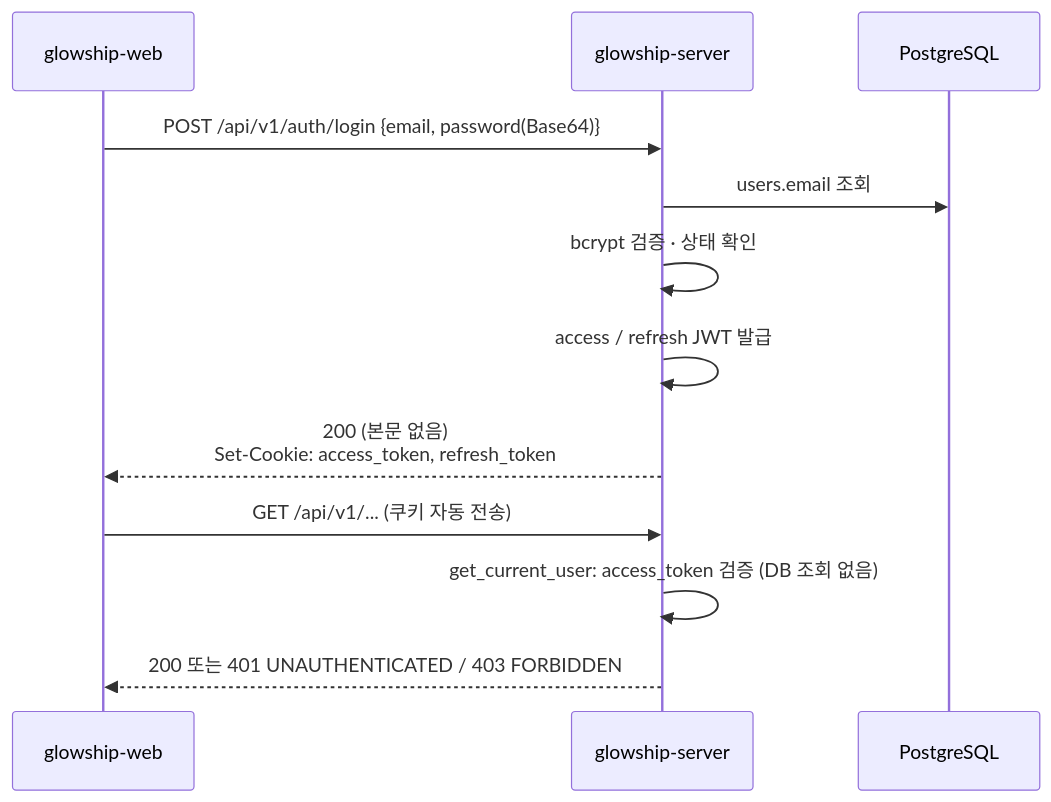
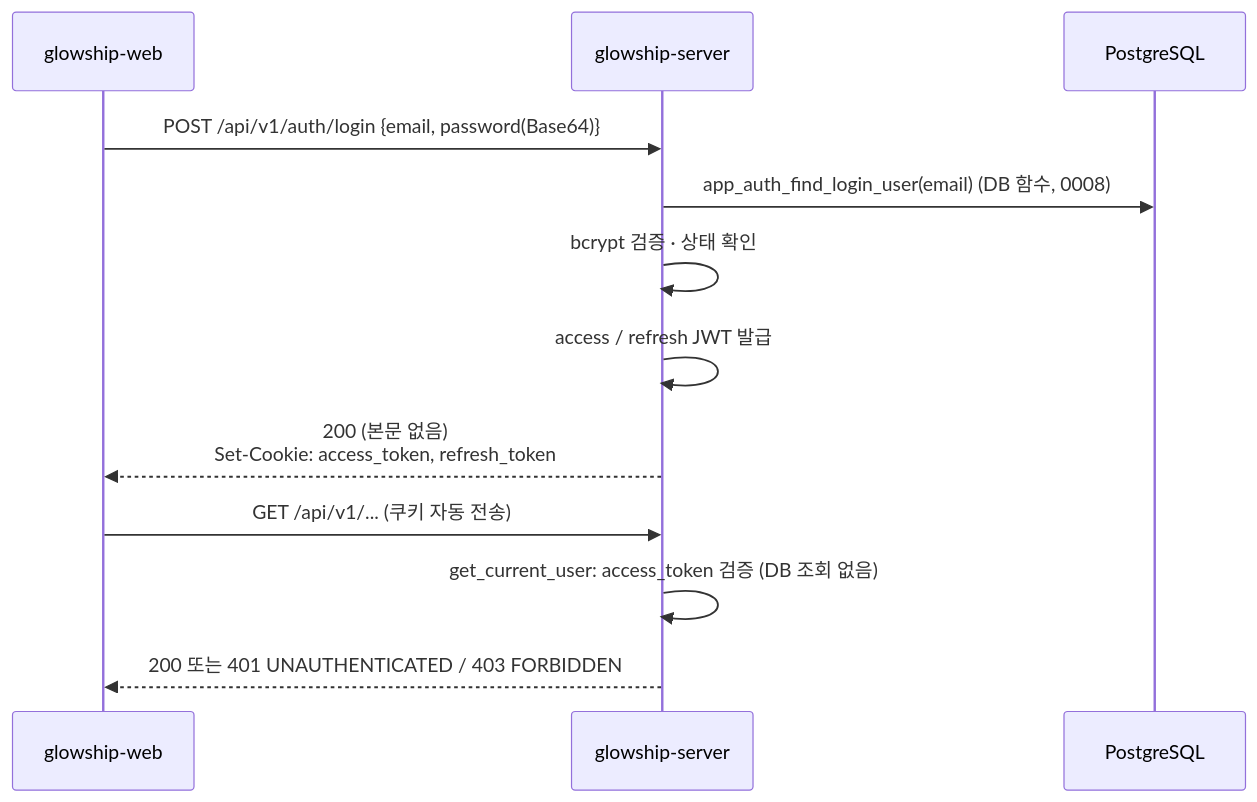
One commit to K-GlowShip/glowship-server changed the diagram in docs/auth/login.md. Above: the diagram before and after it, drawn with Mermaid. The commit also changed other lines of this file and 2 other files, not shown here.

````diff
--- a/docs/auth/login.md
+++ b/docs/auth/login.md
@@ -8,16 +8,16 @@
 ```mermaid
 sequenceDiagram
     participant W as glowship-web
     participant S as glowship-server
     participant DB as PostgreSQL
 
     W->>S: POST /api/v1/auth/login {email, password(Base64)}
-    S->>DB: users.email 조회
+    S->>DB: app_auth_find_login_user(email) (DB 함수, 0008)
     S->>S: bcrypt 검증 · 상태 확인
     S->>S: access / refresh JWT 발급
     S-->>W: 200 (본문 없음)<br/>Set-Cookie: access_token, refresh_token
 
     W->>S: GET /api/v1/... (쿠키 자동 전송)
     S->>S: get_current_user: access_token 검증 (DB 조회 없음)
     S-->>W: 200 또는 401 UNAUTHENTICATED / 403 FORBIDDEN
 ```
````
